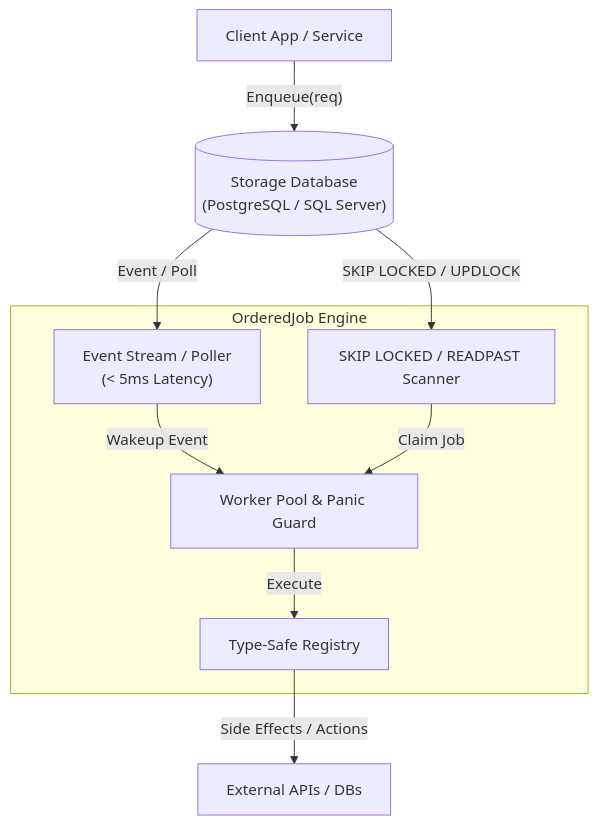
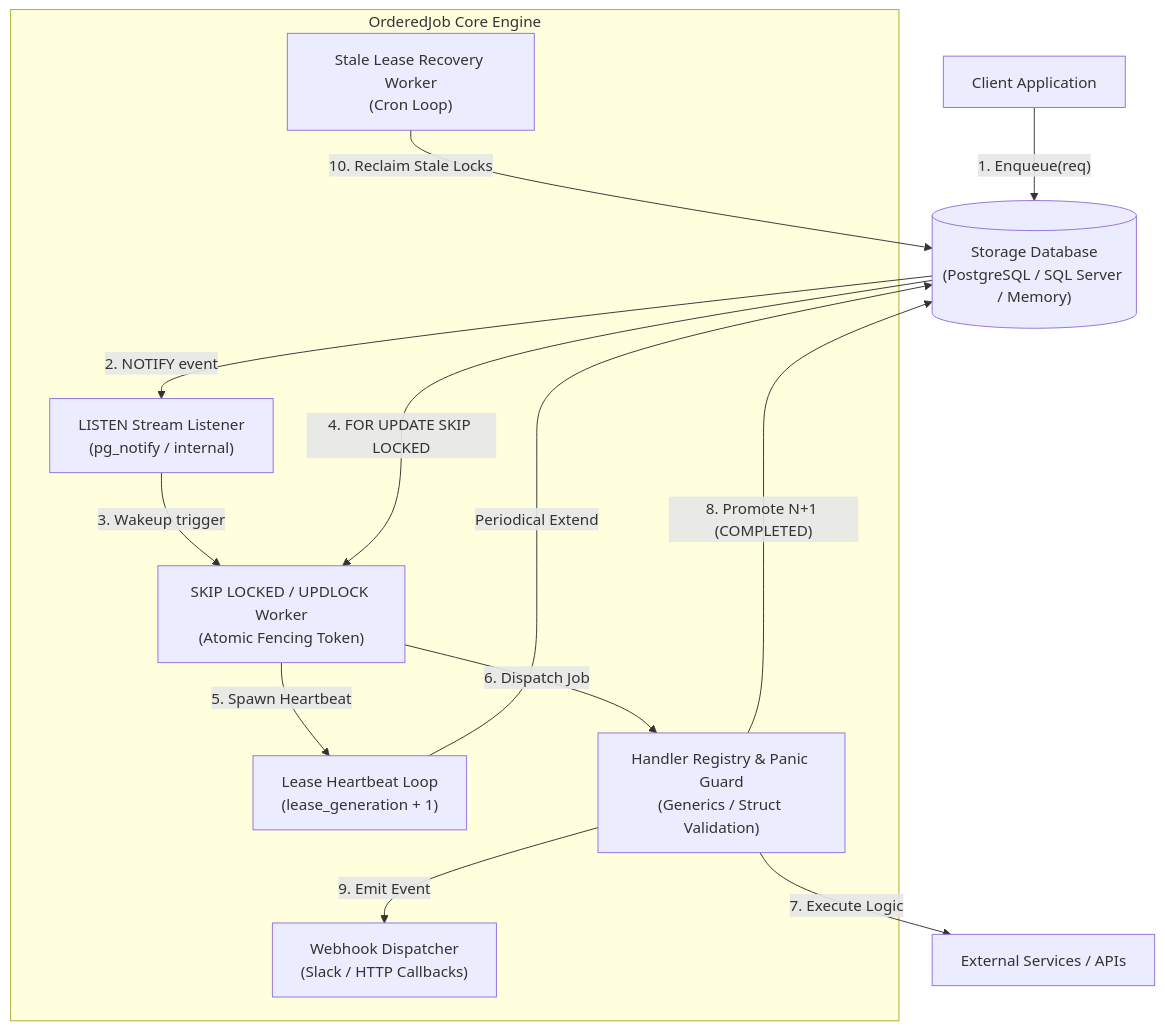
The first of 2 diagrams in README.md (semmidev/orderedjob), drawn with Mermaid before and after one commit. The commit also changed other lines of this file and 4 other files, not shown here.

````diff
--- a/README.md
+++ b/README.md
@@ -137,18 +346,24 @@
 ```mermaid
 graph TD
-    Client["Client App / Service"] -->|"Enqueue(req)"| DB[("Storage Database\n(PostgreSQL / SQL Server)")]
-    
-    subgraph Engine["OrderedJob Engine"]
-        Listen["Event Stream / Poller\n(< 5ms Latency)"]
-        Scanner["SKIP LOCKED / READPAST Scanner"]
-        WorkerPool["Worker Pool & Panic Guard"]
-        Registry["Type-Safe Registry"]
+    Client["Client Application"] -->|"1. Enqueue(req)"| DB[("Storage Database\n(PostgreSQL / SQL Server / Memory)")]
+
+    subgraph Engine["OrderedJob Core Engine"]
+        Listener["LISTEN Stream Listener\n(pg_notify / internal)"]
+        Claimer["SKIP LOCKED / UPDLOCK Worker\n(Atomic Fencing Token)"]
+        Heartbeat["Lease Heartbeat Loop\n(lease_generation + 1)"]
+        Recovery["Stale Lease Recovery Worker\n(Cron Loop)"]
+        Registry["Handler Registry & Panic Guard\n(Generics / Struct Validation)"]
+        Webhook["Webhook Dispatcher\n(Slack / HTTP Callbacks)"]
     end
 
-    DB -->|"Event / Poll"| Listen
-    DB -->|"SKIP LOCKED / UPDLOCK"| Scanner
-    Listen -->|"Wakeup Event"| WorkerPool
-    Scanner -->|"Claim Job"| WorkerPool
-    WorkerPool -->|"Execute"| Registry
-    Registry -->|"Side Effects / Actions"| External["External APIs / DBs"]
+    DB -->|"2. NOTIFY event"| Listener
+    Listener -->|"3. Wakeup trigger"| Claimer
+    DB -->|"4. FOR UPDATE SKIP LOCKED"| Claimer
+    Claimer -->|"5. Spawn Heartbeat"| Heartbeat
+    Heartbeat -->|"Periodical Extend"| DB
+    Claimer -->|"6. Dispatch Job"| Registry
+    Registry -->|"7. Execute Logic"| Ext["External Services / APIs"]
+    Registry -->|"8. Promote N+1 (COMPLETED)"| DB
+    Registry -->|"9. Emit Event"| Webhook
+    Recovery -->|"10. Reclaim Stale Locks"| DB
 ```
````
